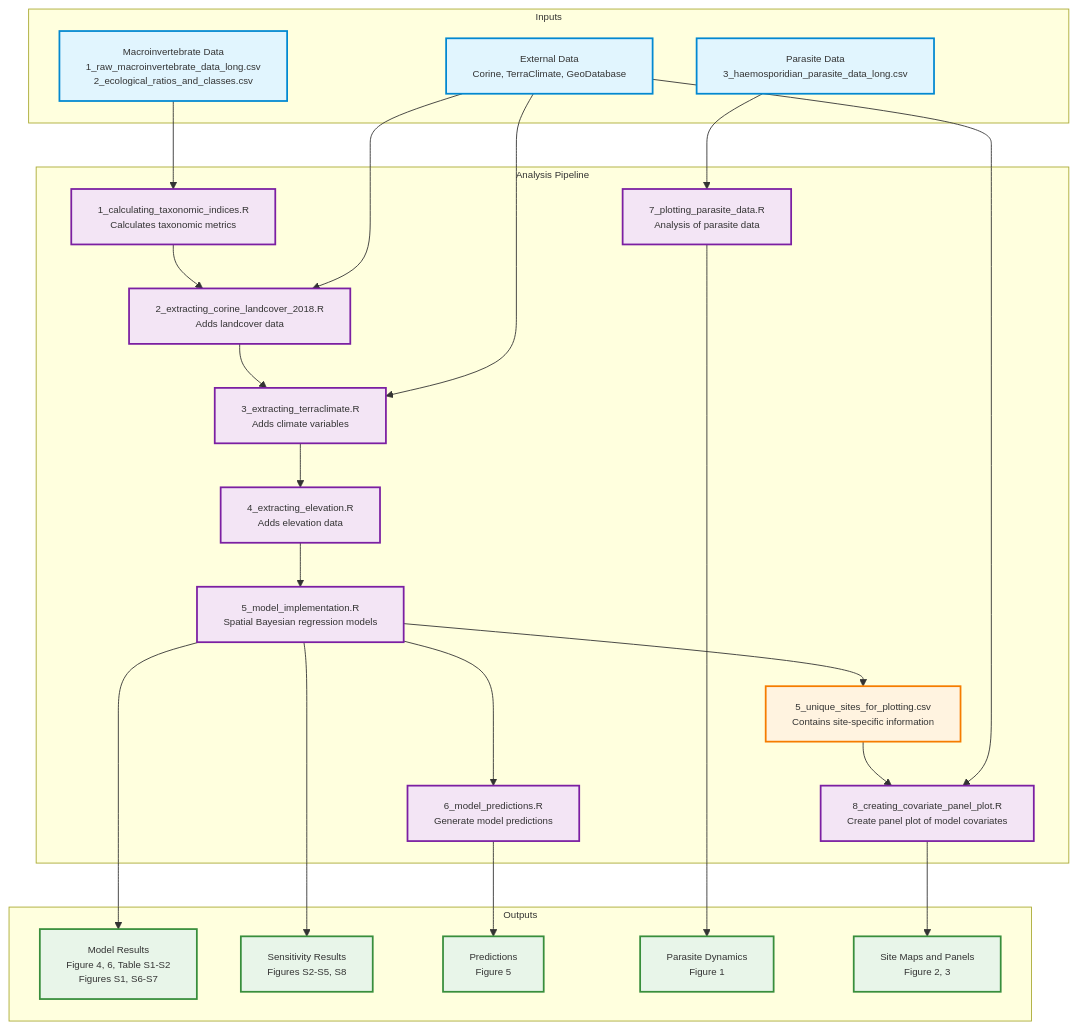
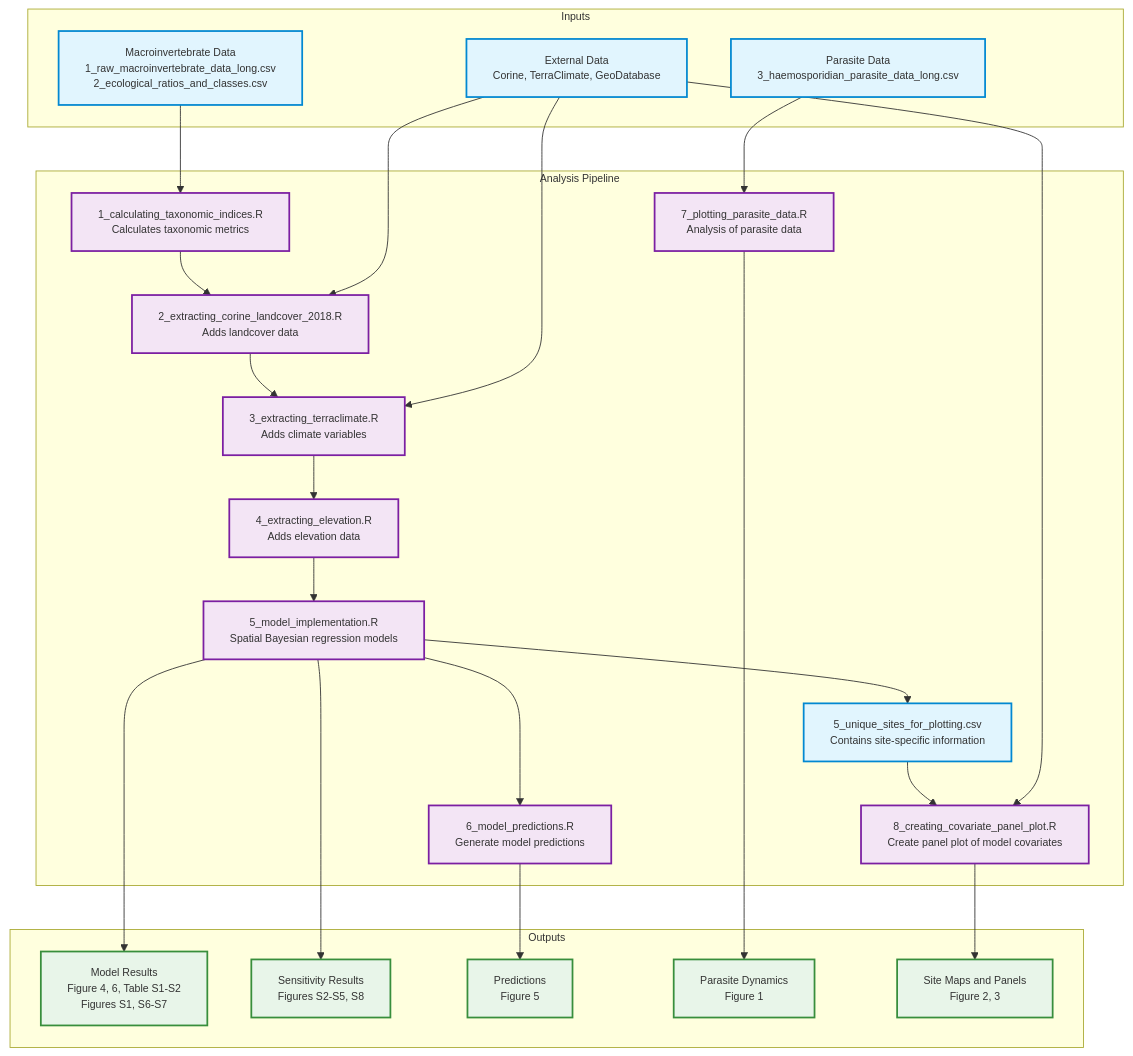
Before and after one commit to HeeeyNathan/Predicting_vector_abundance_in_Lithuania: the diagram in README.md, drawn with Mermaid.

Commit message:
changed colours of read.me

````diff
--- a/README.md
+++ b/README.md
@@ -166,44 +166,44 @@
 ``` mermaid
-%%{init: {'themeVariables': { 'fontSize': '11px'}}}%%
+%%{init: {'themeVariables': { 'fontSize': '12px'}}}%%
 %%{init: {'themeVariables': { 'nodePadding': 14}}}%%
 graph TD
     subgraph Inputs
         R["Macroinvertebrate Data<br/>1_raw_macroinvertebrate_data_long.csv<br/>2_ecological_ratios_and_classes.csv"]
         P["Parasite Data<br/>3_haemosporidian_parasite_data_long.csv"]
         E["External Data<br/>Corine, TerraClimate, GeoDatabase"]
     end
     
     subgraph Analysis Pipeline
         R --> S1["1_calculating_taxonomic_indices.R<br/>Calculates taxonomic metrics"]
         S1 --> S2["2_extracting_corine_landcover_2018.R<br/>Adds landcover data"]
         E --> S2
         S2 --> S3["3_extracting_terraclimate.R<br/>Adds climate variables"]
         E --> S3
         S3 --> S4["4_extracting_elevation.R<br/>Adds elevation data"]
         S4 --> S5["5_model_implementation.R<br/>Spatial Bayesian regression models"]
         S5 --> S6["6_model_predictions.R<br/>Generate model predictions"]
         S5 --> Sites["5_unique_sites_for_plotting.csv<br/>Contains site-specific information"]
         Sites --> S8["8_creating_covariate_panel_plot.R<br/>Create panel plot of model covariates"]
         E --> S8
         P --> S7["7_plotting_parasite_data.R<br/>Analysis of parasite data"]
     end
     
     subgraph Outputs
         S5 --> O1["Model Results<br/>Figure 4, 6, Table S1-S2<br/>Figures S1, S6-S7"]
         S5 --> O2["Sensitivity Results<br/>Figures S2-S5, S8"]
         S6 --> O3["Predictions<br/>Figure 5"]
         S7 --> O4["Parasite Dynamics<br/>Figure 1"]
         S8 --> O5["Site Maps and Panels<br/>Figure 2, 3"]
     end
     
     %% Styling
     classDef input fill:#e1f5fe,stroke:#0288d1,stroke-width:2px;
     classDef script fill:#f3e5f5,stroke:#7b1fa2,stroke-width:2px;
     classDef output fill:#e8f5e9,stroke:#388e3c,stroke-width:2px;
-    classDef intermediate fill:#fff3e0,stroke:#f57c00,stroke-width:2px;
+    classDef intermediate fill:#e1f5fe,stroke:#0288d1,stroke-width:2px;
     
     class R,P,E input;
     class S1,S2,S3,S4,S5,S6,S7,S8 script;
     class O1,O2,O3,O4,O5 output;
     class Sites intermediate;
 ```
````
